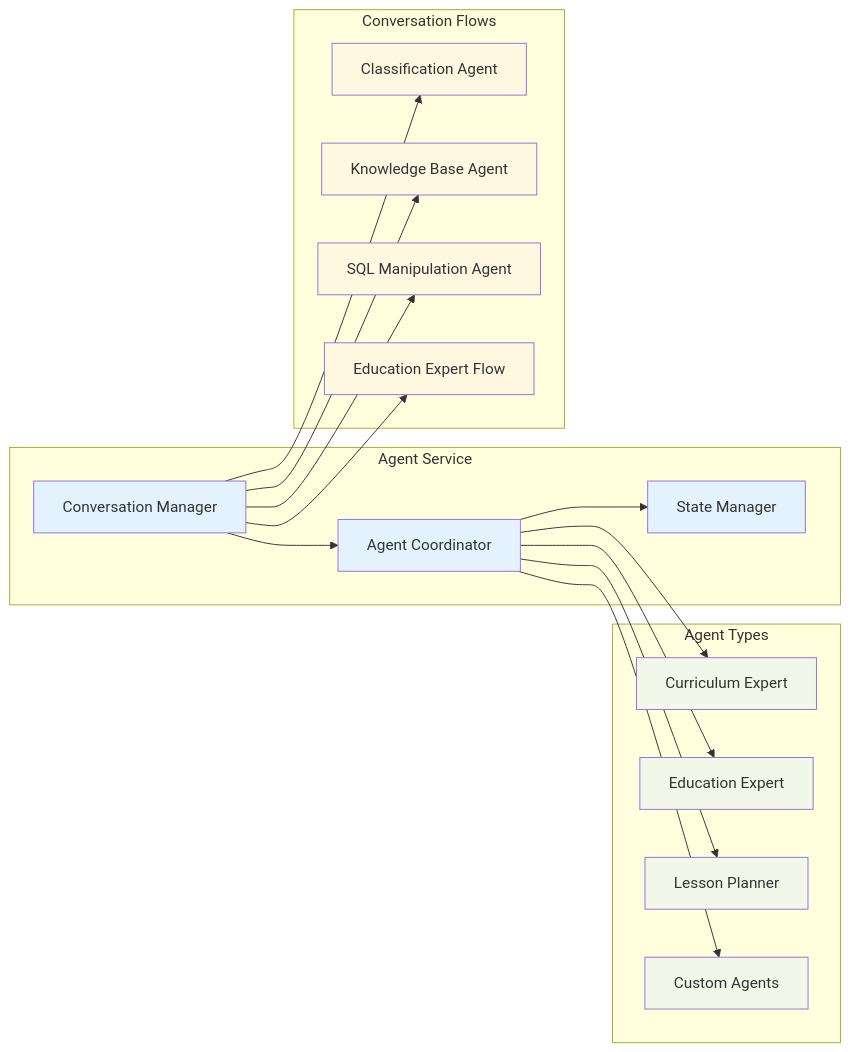
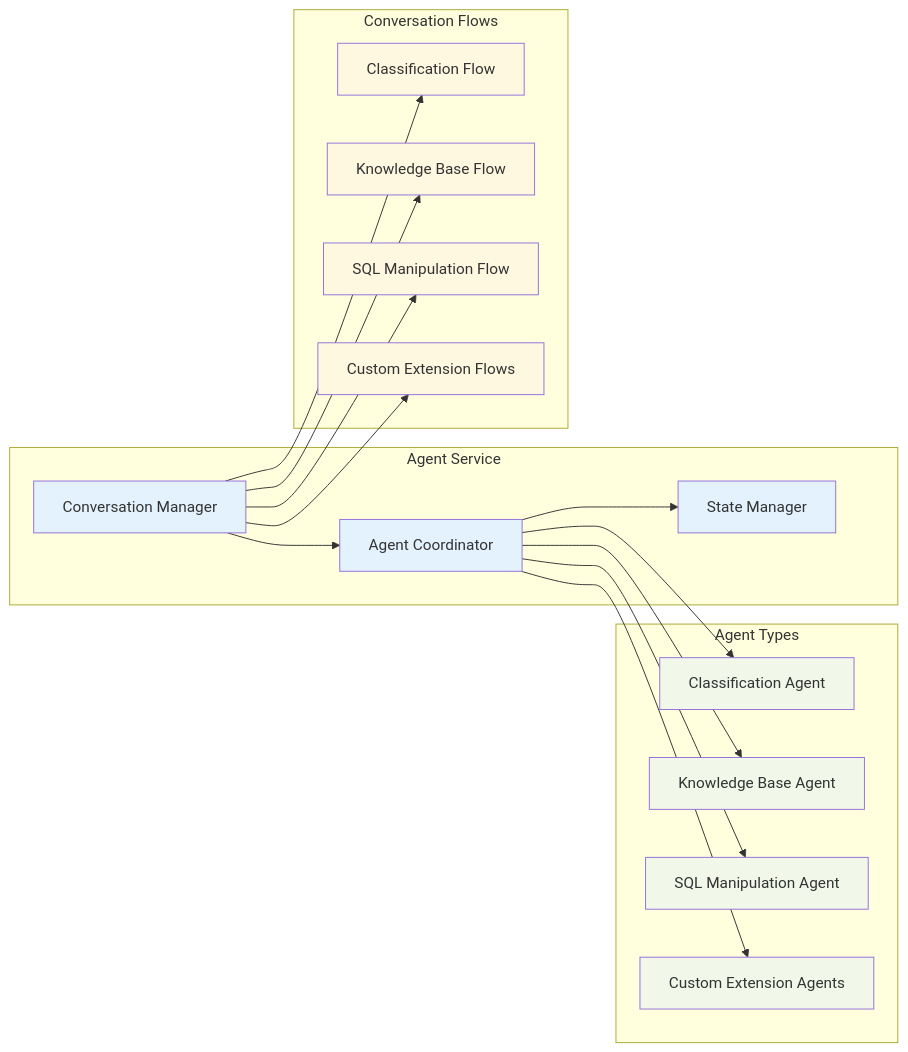
One commit to the-ingenious-dark-knight/Insight_Ingenious changed the second of 13 diagrams in docs/architecture/README.md. Above: the diagram before and after it, drawn with Mermaid. The commit also changed other lines of this file and 4 other files, not shown here.

````diff
--- a/docs/architecture/README.md
+++ b/docs/architecture/README.md
@@ -91,42 +91,42 @@
 ```mermaid
 graph LR
     subgraph "Agent Service"
         MANAGER[Conversation Manager]
         COORDINATOR[Agent Coordinator]
         STATE[State Manager]
     end
 
     subgraph "Agent Types"
-        CURRICULUM[Curriculum Expert]
-        EDUCATION[Education Expert]
-        LESSON[Lesson Planner]
-        CUSTOM[Custom Agents]
+        CLASSIFICATION_AGENT[Classification Agent]
+        KNOWLEDGE_AGENT[Knowledge Base Agent]
+        SQL_AGENT[SQL Manipulation Agent]
+        CUSTOM[Custom Extension Agents]
     end
 
     subgraph "Conversation Flows"
-        CLASSIFICATION[Classification Agent]
-        KNOWLEDGE[Knowledge Base Agent]
-        SQL[SQL Manipulation Agent]
-        EDUCATION_FLOW[Education Expert Flow]
+        CLASSIFICATION[Classification Flow]
+        KNOWLEDGE[Knowledge Base Flow]
+        SQL[SQL Manipulation Flow]
+        CUSTOM_FLOW[Custom Extension Flows]
     end
 
     MANAGER --> COORDINATOR
     COORDINATOR --> STATE
-    COORDINATOR --> CURRICULUM
-    COORDINATOR --> EDUCATION
-    COORDINATOR --> LESSON
+    COORDINATOR --> CLASSIFICATION_AGENT
+    COORDINATOR --> KNOWLEDGE_AGENT
+    COORDINATOR --> SQL_AGENT
     COORDINATOR --> CUSTOM
 
     MANAGER --> CLASSIFICATION
     MANAGER --> KNOWLEDGE
     MANAGER --> SQL
-    MANAGER --> EDUCATION_FLOW
+    MANAGER --> CUSTOM_FLOW
 
     classDef service fill:#e3f2fd
     classDef agents fill:#f1f8e9
     classDef patterns fill:#fff8e1
 
     class MANAGER,COORDINATOR,STATE service
-    class CURRICULUM,EDUCATION,LESSON,CUSTOM agents
-    class CLASSIFICATION,KNOWLEDGE,SQL,EDUCATION_FLOW patterns
+    class CLASSIFICATION_AGENT,KNOWLEDGE_AGENT,SQL_AGENT,CUSTOM agents
+    class CLASSIFICATION,KNOWLEDGE,SQL,CUSTOM_FLOW patterns
 ```
````
